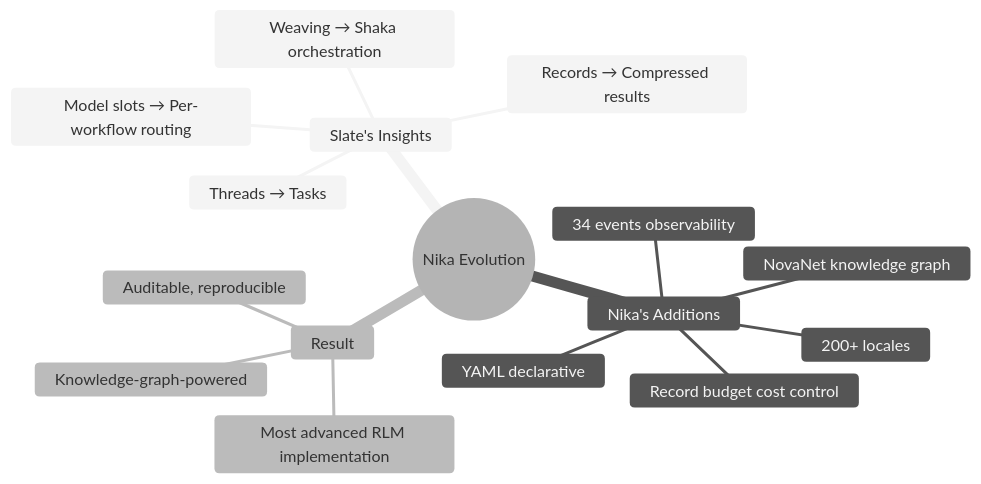
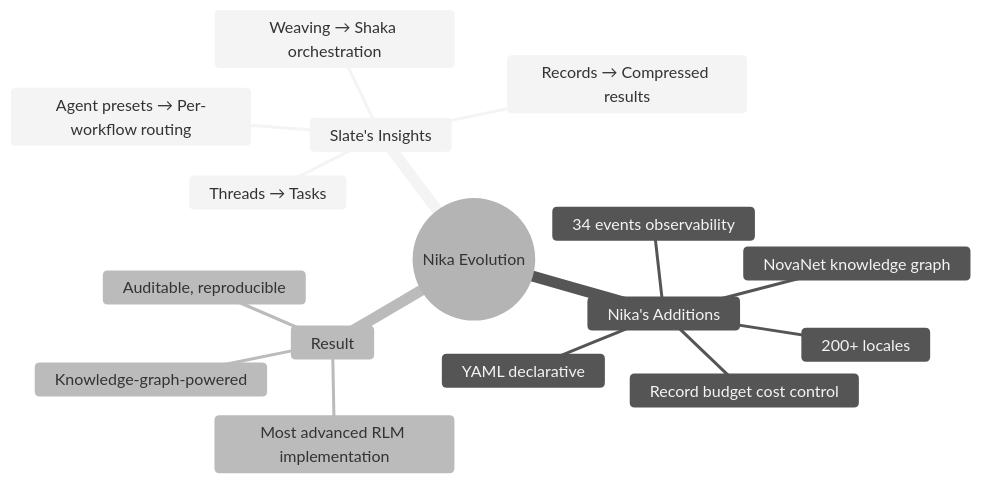
One commit to supernovae-st/nika changed the eighth of 8 diagrams in docs/vision/07-slate-deep-integration.md. Above: the diagram before and after it, drawn with Mermaid (neutral theme). The commit also changed other lines of this file and 8 other files, not shown here.

````diff
--- a/docs/vision/07-slate-deep-integration.md
+++ b/docs/vision/07-slate-deep-integration.md
@@ -471,19 +487,19 @@
 ```mermaid
 mindmap
     root((Nika Evolution))
         Slate's Insights
             Threads → Tasks
             Records → Compressed results
             Weaving → Shaka orchestration
-            Model slots → Per-workflow routing
+            Agent presets → Per-workflow routing
         Nika's Additions
             YAML declarative
             NovaNet knowledge graph
             34 events observability
             Record budget cost control
             200+ locales
         Result
             Most advanced RLM implementation
             Auditable, reproducible
             Knowledge-graph-powered
 ```
````
